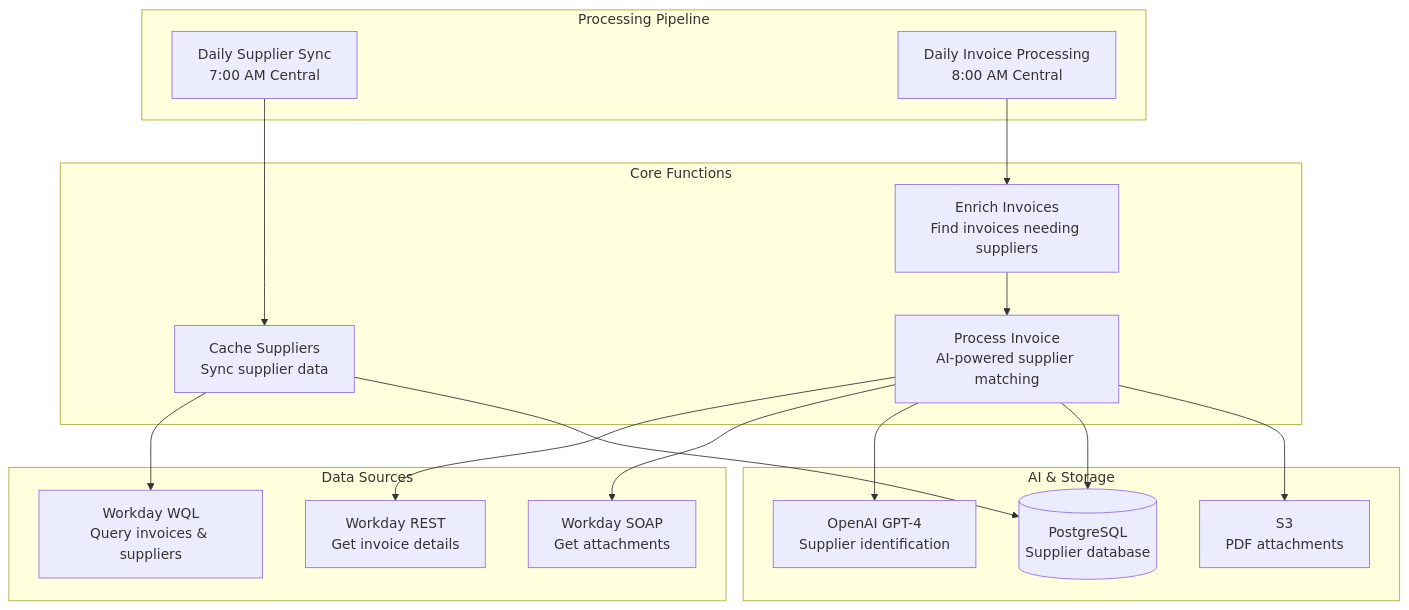
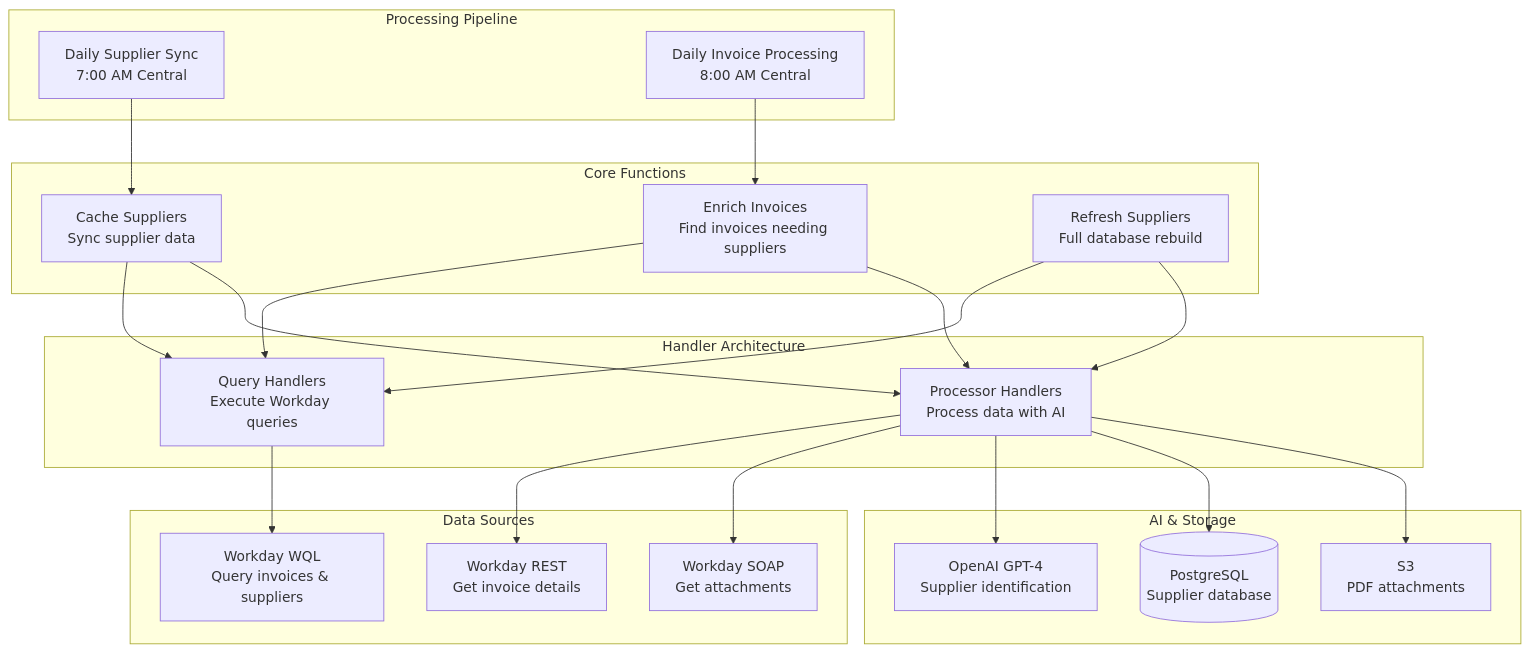
One commit to pgahq/finance-agent changed the diagram in README.md. Above: the diagram before and after it, drawn with Mermaid. The commit also changed other lines of this file and 12 other files, not shown here.

````diff
--- a/README.md
+++ b/README.md
@@ -29,38 +39,47 @@
 ```mermaid
 graph TB
     subgraph "Processing Pipeline"
         SCHED1[Daily Supplier Sync<br/>7:00 AM Central]
         SCHED2[Daily Invoice Processing<br/>8:00 AM Central]
     end
     
+    subgraph "Handler Architecture"
+        QUERY[Query Handlers<br/>Execute Workday queries]
+        PROC[Processor Handlers<br/>Process data with AI]
+    end
+    
     subgraph "Core Functions"
         CACHE[Cache Suppliers<br/>Sync supplier data]
-        BATCH[Enrich Invoices<br/>Find invoices needing suppliers]
-        PROC[Process Invoice<br/>AI-powered supplier matching]
+        ENRICH[Enrich Invoices<br/>Find invoices needing suppliers]
+        REFRESH[Refresh Suppliers<br/>Full database rebuild]
     end
     
     subgraph "Data Sources"
         WQL[Workday WQL<br/>Query invoices & suppliers]
         REST[Workday REST<br/>Get invoice details]
         SOAP[Workday SOAP<br/>Get attachments]
     end
     
     subgraph "AI & Storage"
         AI[OpenAI GPT-4<br/>Supplier identification]
         DB[(PostgreSQL<br/>Supplier database)]
         S3[S3<br/>PDF attachments]
     end
     
     SCHED1 --> CACHE
-    SCHED2 --> BATCH
-    BATCH --> PROC
+    SCHED2 --> ENRICH
     
-    CACHE --> WQL
-    CACHE --> DB
+    CACHE --> QUERY
+    CACHE --> PROC
+    ENRICH --> QUERY
+    ENRICH --> PROC
+    REFRESH --> QUERY
+    REFRESH --> PROC
     
+    QUERY --> WQL
     PROC --> REST
     PROC --> SOAP
     PROC --> AI
     PROC --> DB
     PROC --> S3
 ```
````
